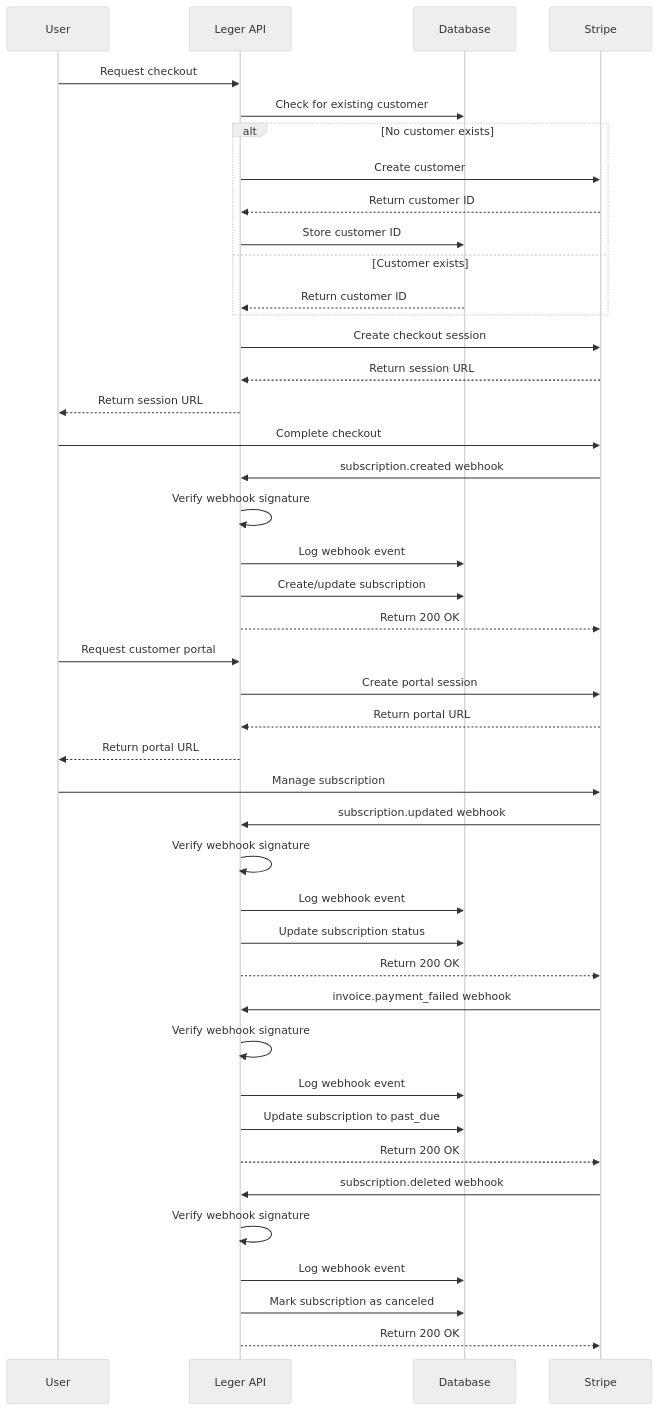
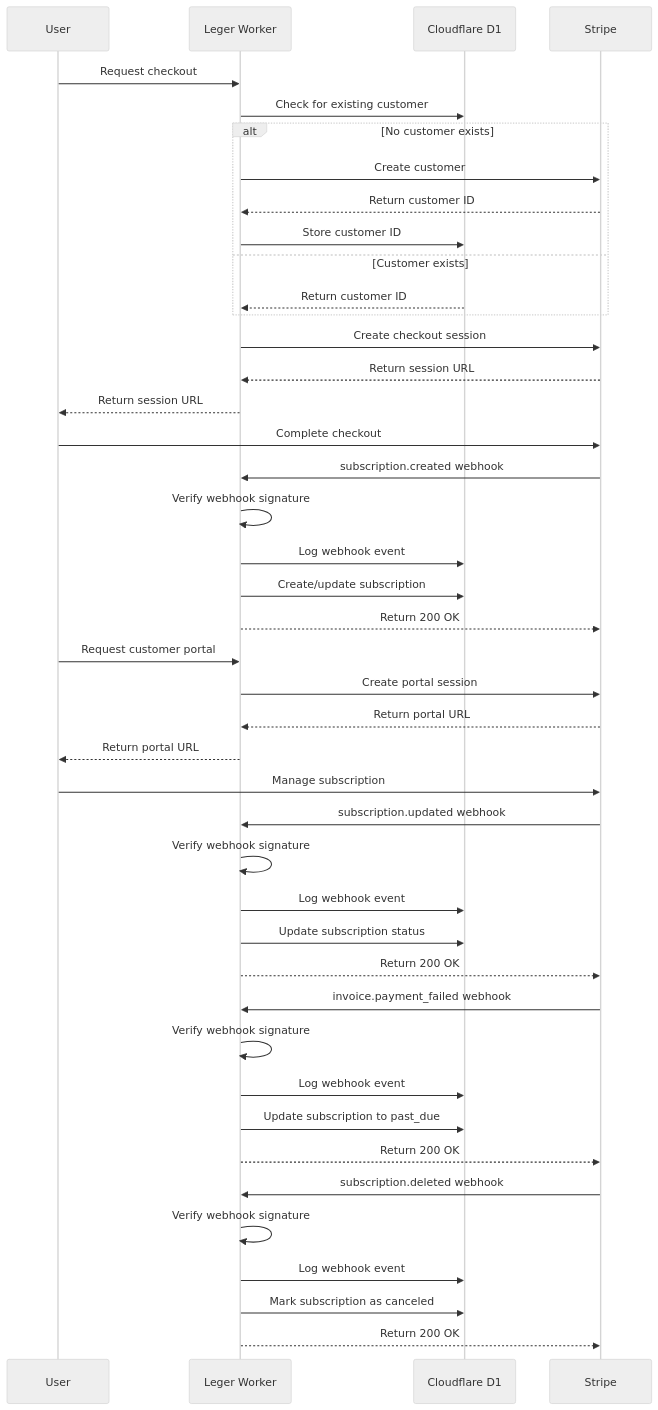
One commit to leger-labs/leger changed the diagram in backend/3-business-logic.md. Above: the diagram before and after it, drawn with Mermaid (neutral theme). The commit also changed other lines of this file and 12 other files, not shown here.

````diff
--- a/backend/3-business-logic.md
+++ b/backend/3-business-logic.md
@@ -3,59 +7,59 @@
 ```mermaid
 sequenceDiagram
     participant User
-    participant API as Leger API
-    participant DB as Database
+    participant Worker as Leger Worker
+    participant D1 as Cloudflare D1
     participant Stripe
     
     %% Customer Creation
-    User->>API: Request checkout
-    API->>DB: Check for existing customer
+    User->>Worker: Request checkout
+    Worker->>D1: Check for existing customer
     alt No customer exists
-        API->>Stripe: Create customer
-        Stripe-->>API: Return customer ID
-        API->>DB: Store customer ID
+        Worker->>Stripe: Create customer
+        Stripe-->>Worker: Return customer ID
+        Worker->>D1: Store customer ID
     else Customer exists
-        DB-->>API: Return customer ID
+        D1-->>Worker: Return customer ID
     end
     
     %% Checkout Session
-    API->>Stripe: Create checkout session
-    Stripe-->>API: Return session URL
-    API-->>User: Return session URL
+    Worker->>Stripe: Create checkout session
+    Stripe-->>Worker: Return session URL
+    Worker-->>User: Return session URL
     User->>Stripe: Complete checkout
     
     %% Webhook processing
-    Stripe->>API: subscription.created webhook
-    API->>API: Verify webhook signature
-    API->>DB: Log webhook event
-    API->>DB: Create/update subscription
-    API-->>Stripe: Return 200 OK
+    Stripe->>Worker: subscription.created webhook
+    Worker->>Worker: Verify webhook signature
+    Worker->>D1: Log webhook event
+    Worker->>D1: Create/update subscription
+    Worker-->>Stripe: Return 200 OK
     
     %% Customer Portal
-    User->>API: Request customer portal
-    API->>Stripe: Create portal session
-    Stripe-->>API: Return portal URL
-    API-->>User: Return portal URL
+    User->>Worker: Request customer portal
+    Worker->>Stripe: Create portal session
+    Stripe-->>Worker: Return portal URL
+    Worker-->>User: Return portal URL
     User->>Stripe: Manage subscription
     
     %% Subscription Updates
-    Stripe->>API: subscription.updated webhook
-    API->>API: Verify webhook signature
-    API->>DB: Log webhook event
-    API->>DB: Update subscription status
-    API-->>Stripe: Return 200 OK
+    Stripe->>Worker: subscription.updated webhook
+    Worker->>Worker: Verify webhook signature
+    Worker->>D1: Log webhook event
+    Worker->>D1: Update subscription status
+    Worker-->>Stripe: Return 200 OK
     
     %% Payment issues
-    Stripe->>API: invoice.payment_failed webhook
-    API->>API: Verify webhook signature
-    API->>DB: Log webhook event
-    API->>DB: Update subscription to past_due
-    API-->>Stripe: Return 200 OK
+    Stripe->>Worker: invoice.payment_failed webhook
+    Worker->>Worker: Verify webhook signature
+    Worker->>D1: Log webhook event
+    Worker->>D1: Update subscription to past_due
+    Worker-->>Stripe: Return 200 OK
     
     %% Cancellation
-    Stripe->>API: subscription.deleted webhook
-    API->>API: Verify webhook signature
-    API->>DB: Log webhook event
-    API->>DB: Mark subscription as canceled
-    API-->>Stripe: Return 200 OK
+    Stripe->>Worker: subscription.deleted webhook
+    Worker->>Worker: Verify webhook signature
+    Worker->>D1: Log webhook event
+    Worker->>D1: Mark subscription as canceled
+    Worker-->>Stripe: Return 200 OK
 ```
````
